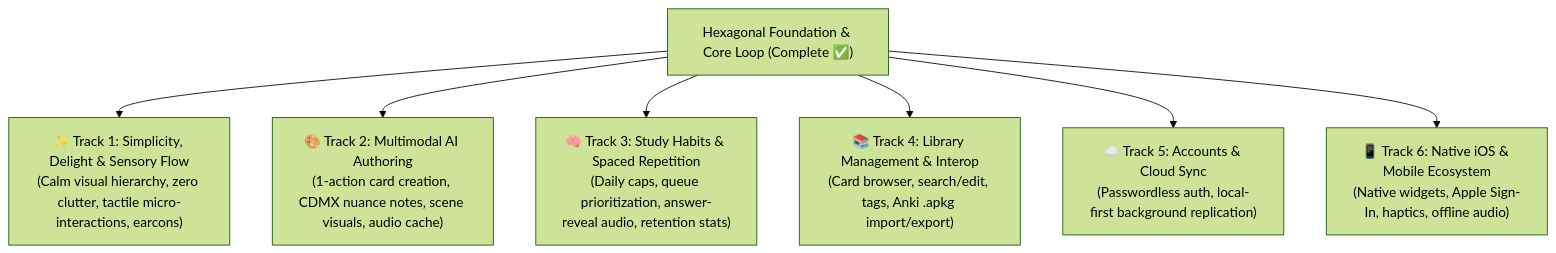
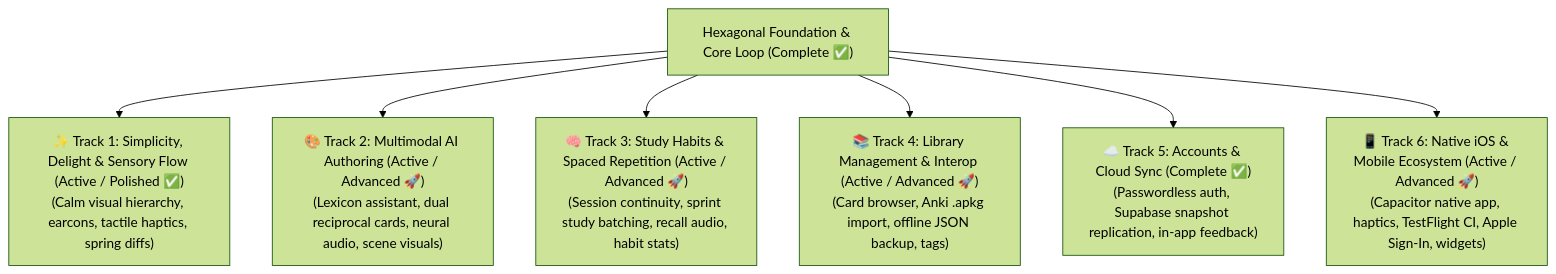
The diagram in docs/ROADMAP.md (smolkaj/jolito), drawn with Mermaid (forest theme) before and after one commit. The commit also changed other lines of this file and 6 other files, not shown here.

Commit message:
docs: align roadmap, architecture, and vision with shipped capabilities

````diff
--- a/docs/ROADMAP.md
+++ b/docs/ROADMAP.md
@@ -7,11 +7,11 @@
 ```mermaid
 flowchart TD
     Foundation["Hexagonal Foundation & Core Loop (Complete ✅)"]
 
-    Foundation --> Track1["✨ Track 1: Simplicity, Delight & Sensory Flow<br/>(Calm visual hierarchy, zero clutter, tactile micro-interactions, earcons)"]
-    Foundation --> Track2["🎨 Track 2: Multimodal AI Authoring<br/>(1-action card creation, CDMX nuance notes, scene visuals, audio cache)"]
-    Foundation --> Track3["🧠 Track 3: Study Habits & Spaced Repetition<br/>(Daily caps, queue prioritization, answer-reveal audio, retention stats)"]
-    Foundation --> Track4["📚 Track 4: Library Management & Interop<br/>(Card browser, search/edit, tags, Anki .apkg import/export)"]
-    Foundation --> Track5["☁️ Track 5: Accounts & Cloud Sync<br/>(Passwordless auth, local-first background replication)"]
-    Foundation --> Track6["📱 Track 6: Native iOS & Mobile Ecosystem<br/>(Native widgets, Apple Sign-In, haptics, offline audio)"]
+    Foundation --> Track1["✨ Track 1: Simplicity, Delight & Sensory Flow (Active / Polished ✅)<br/>(Calm visual hierarchy, earcons, tactile haptics, spring diffs)"]
+    Foundation --> Track2["🎨 Track 2: Multimodal AI Authoring (Active / Advanced 🚀)<br/>(Lexicon assistant, dual reciprocal cards, neural audio, scene visuals)"]
+    Foundation --> Track3["🧠 Track 3: Study Habits & Spaced Repetition (Active / Advanced 🚀)<br/>(Session continuity, sprint study batching, recall audio, habit stats)"]
+    Foundation --> Track4["📚 Track 4: Library Management & Interop (Active / Advanced 🚀)<br/>(Card browser, Anki .apkg import, offline JSON backup, tags)"]
+    Foundation --> Track5["☁️ Track 5: Accounts & Cloud Sync (Complete ✅)<br/>(Passwordless auth, Supabase snapshot replication, in-app feedback)"]
+    Foundation --> Track6["📱 Track 6: Native iOS & Mobile Ecosystem (Active / Advanced 🚀)<br/>(Capacitor native app, haptics, TestFlight CI, Apple Sign-In, widgets)"]
 ```
````
